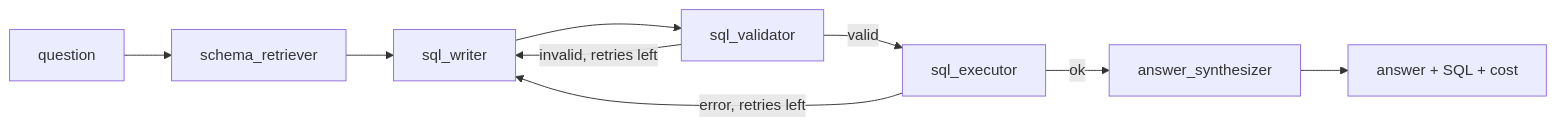
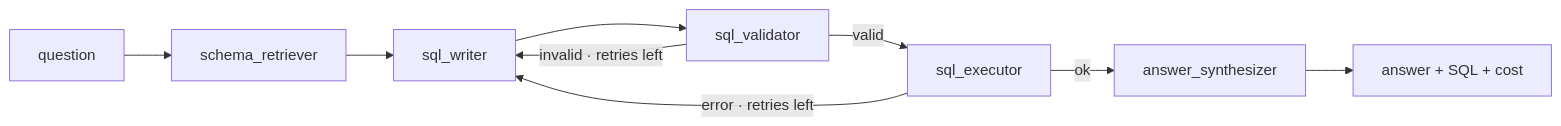
The diagram in README.md (IdoCohen560/promptdb), drawn with Mermaid before and after one commit. The commit also changed other lines of this file and 11 other files, not shown here.

````diff
--- a/README.md
+++ b/README.md
@@ -36,11 +63,11 @@
 ```mermaid
 flowchart LR
     Q[question] --> SR[schema_retriever]
     SR --> SW[sql_writer]
     SW --> V[sql_validator]
     V -->|valid| EX[sql_executor]
-    V -->|invalid, retries left| SW
+    V -->|invalid · retries left| SW
     EX -->|ok| AS[answer_synthesizer]
-    EX -->|error, retries left| SW
+    EX -->|error · retries left| SW
     AS --> OUT[answer + SQL + cost]
 ```
````
